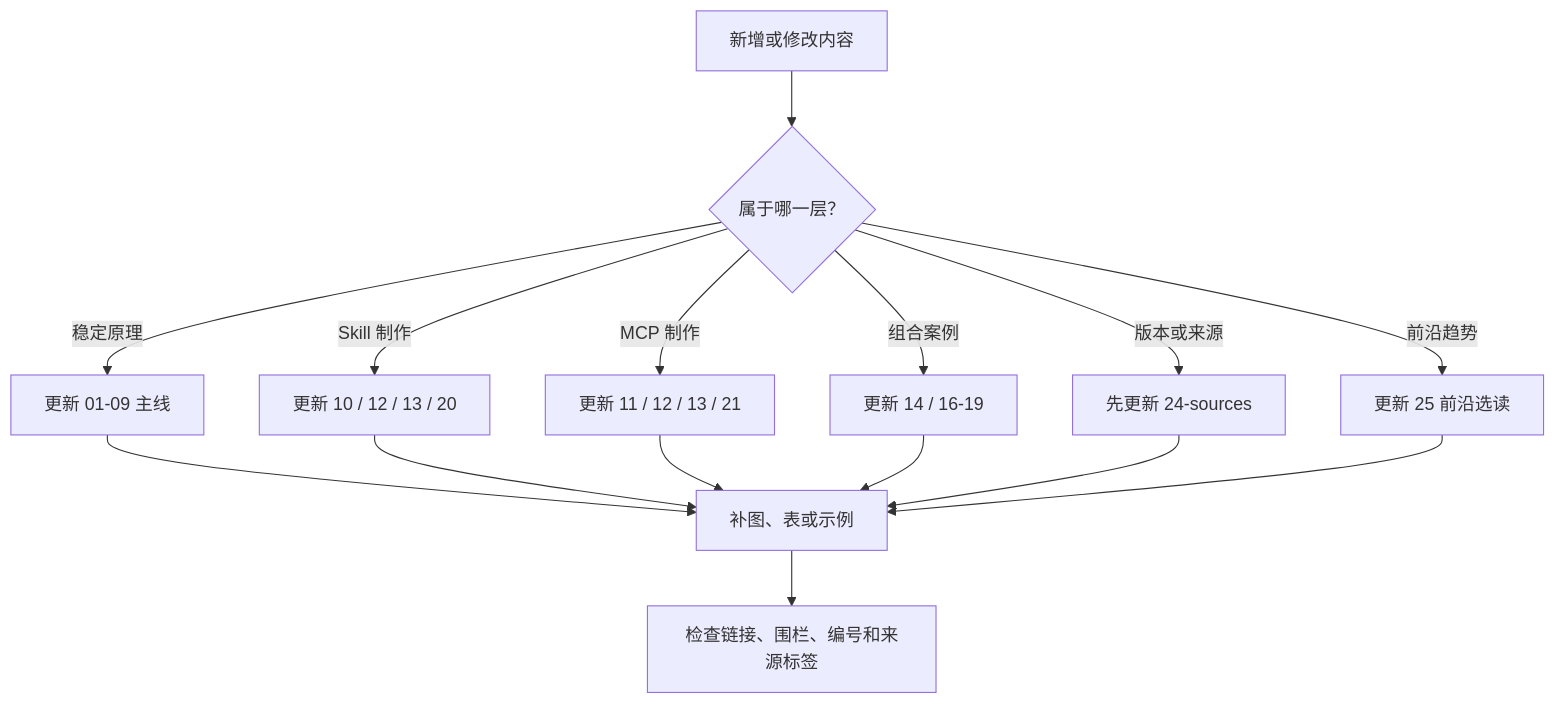
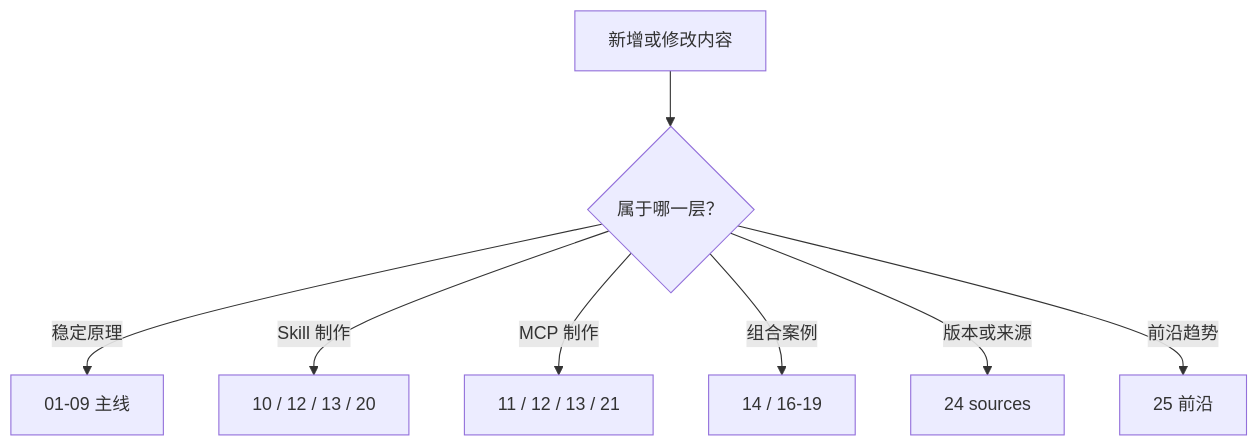
One commit to FoLaJJ/agent-systems-notes changed the first of 2 diagrams in docs/23-maintenance-guide.md. Above: the diagram before and after it, drawn with Mermaid. The commit also changed other lines of this file and 11 other files, not shown here.

Commit message:
Improve Mermaid diagram readability

````diff
--- a/docs/23-maintenance-guide.md
+++ b/docs/23-maintenance-guide.md
@@ -35,17 +35,10 @@
 ```mermaid
 flowchart TD
     A["新增或修改内容"] --> B{"属于哪一层？"}
-    B -->|稳定原理| C["更新 01-09 主线"]
-    B -->|Skill 制作| D["更新 10 / 12 / 13 / 20"]
-    B -->|MCP 制作| E["更新 11 / 12 / 13 / 21"]
-    B -->|组合案例| F["更新 14 / 16-19"]
-    B -->|版本或来源| G["先更新 24-sources"]
-    B -->|前沿趋势| J["更新 25 前沿选读"]
-    C --> H["补图、表或示例"]
-    D --> H
-    E --> H
-    F --> H
-    G --> H
-    J --> H
-    H --> I["检查链接、围栏、编号和来源标签"]
+    B -->|稳定原理| C["01-09 主线"]
+    B -->|Skill 制作| D["10 / 12 / 13 / 20"]
+    B -->|MCP 制作| E["11 / 12 / 13 / 21"]
+    B -->|组合案例| F["14 / 16-19"]
+    B -->|版本或来源| G["24 sources"]
+    B -->|前沿趋势| J["25 前沿"]
 ```
````
